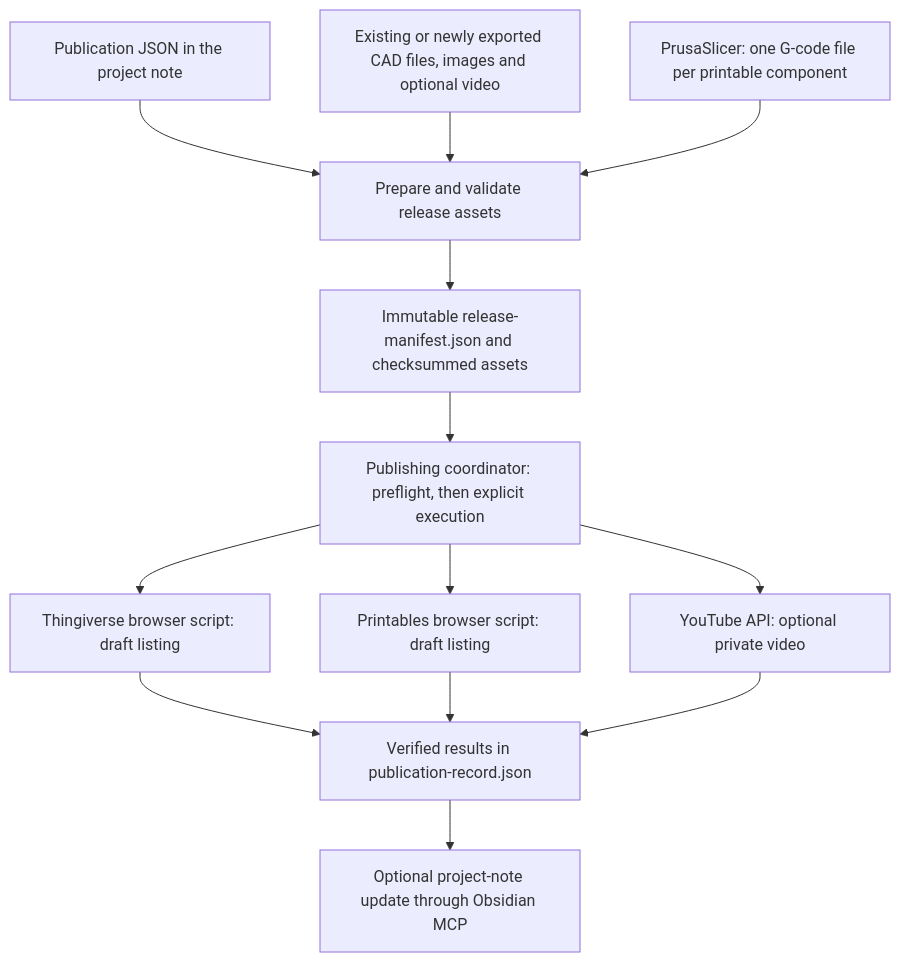
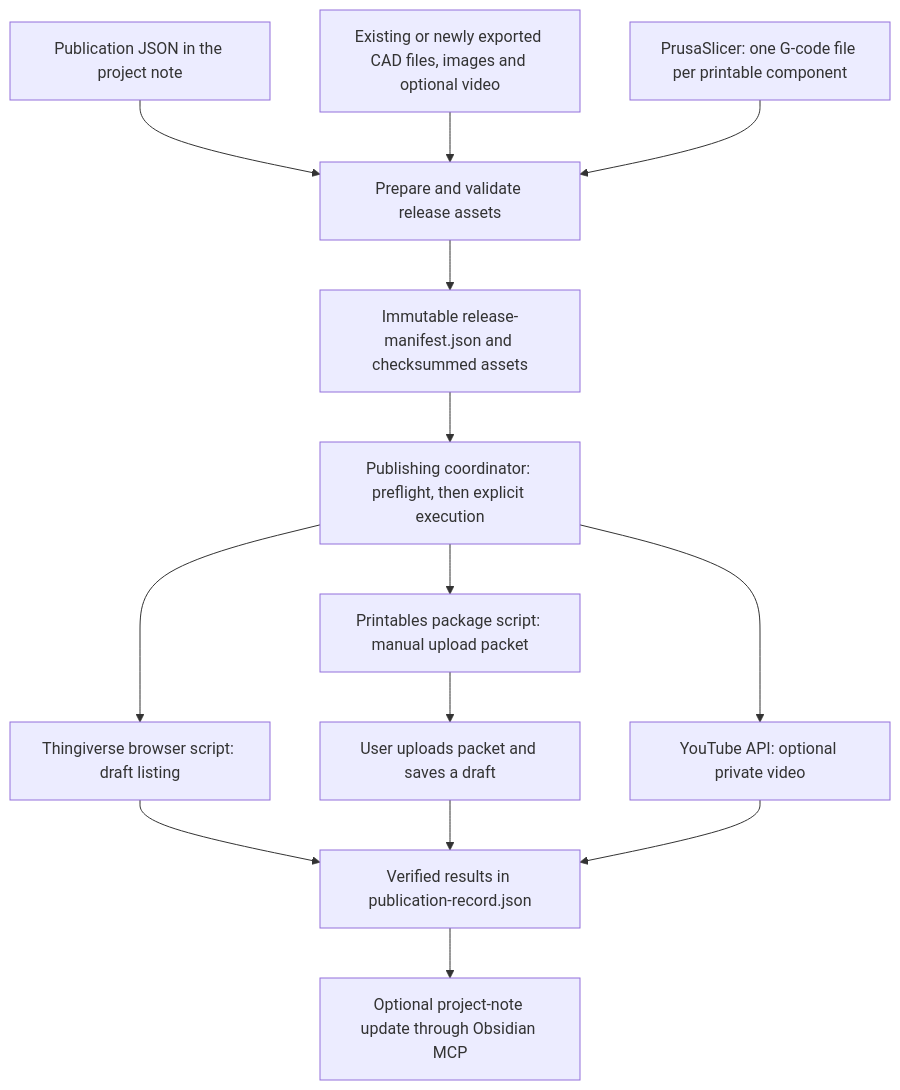
One commit to ScottGibb/CAD-Publishing-Skills changed the first of 4 diagrams in README.md. Above: the diagram before and after it, drawn with Mermaid. The commit also changed other lines of this file and 10 other files, not shown here.

Commit message:
feat(printables): prepare manual upload package

````diff
--- a/README.md
+++ b/README.md
@@ -21,15 +21,16 @@
 ```mermaid
 flowchart TD
     Note["Publication JSON in the project note"] --> Prepare["Prepare and validate release assets"]
     Assets["Existing or newly exported CAD files, images and optional video"] --> Prepare
     Slicing["PrusaSlicer: one G-code file per printable component"] --> Prepare
     Prepare --> Manifest["Immutable release-manifest.json and checksummed assets"]
     Manifest --> Coordinator["Publishing coordinator: preflight, then explicit execution"]
     Coordinator --> Thingiverse["Thingiverse browser script: draft listing"]
-    Coordinator --> Printables["Printables browser script: draft listing"]
+    Coordinator --> Printables["Printables package script: manual upload packet"]
     Coordinator --> YouTube["YouTube API: optional private video"]
     Thingiverse --> Record["Verified results in publication-record.json"]
-    Printables --> Record
+    Printables --> Manual["User uploads packet and saves a draft"]
+    Manual --> Record
     YouTube --> Record
     Record --> Obsidian["Optional project-note update through Obsidian MCP"]
 ```
````
